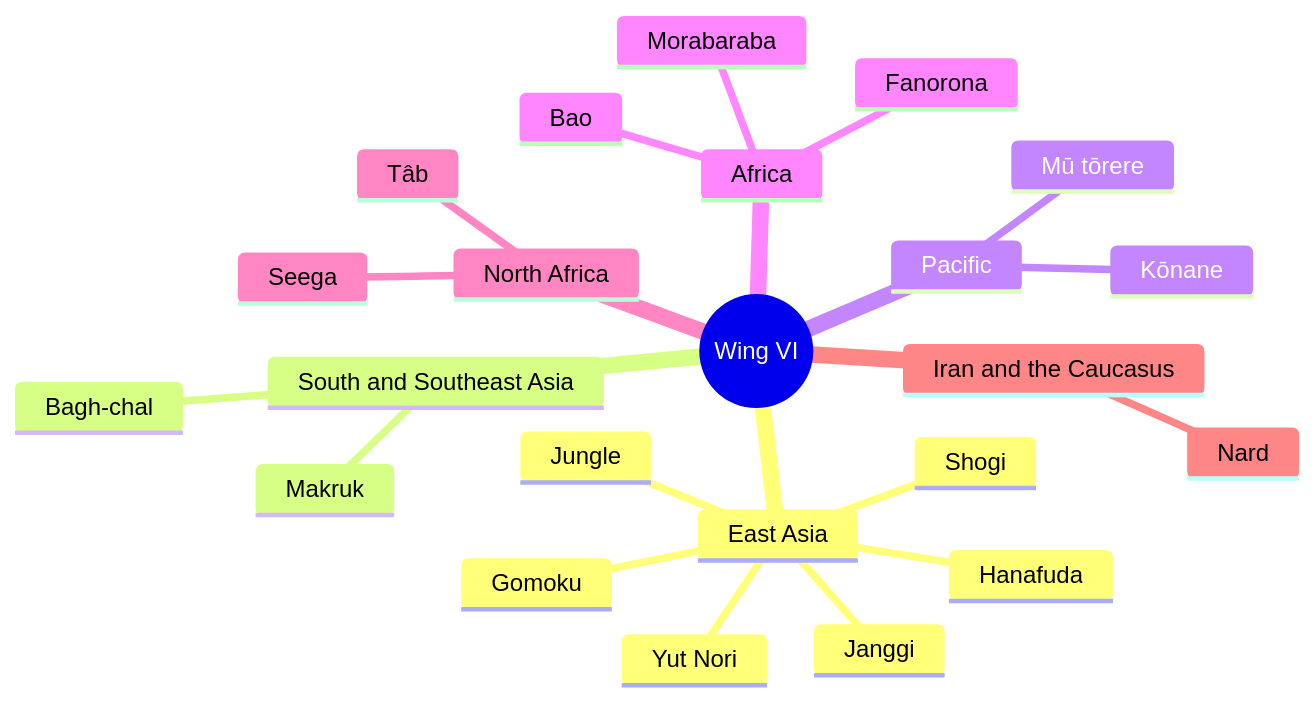
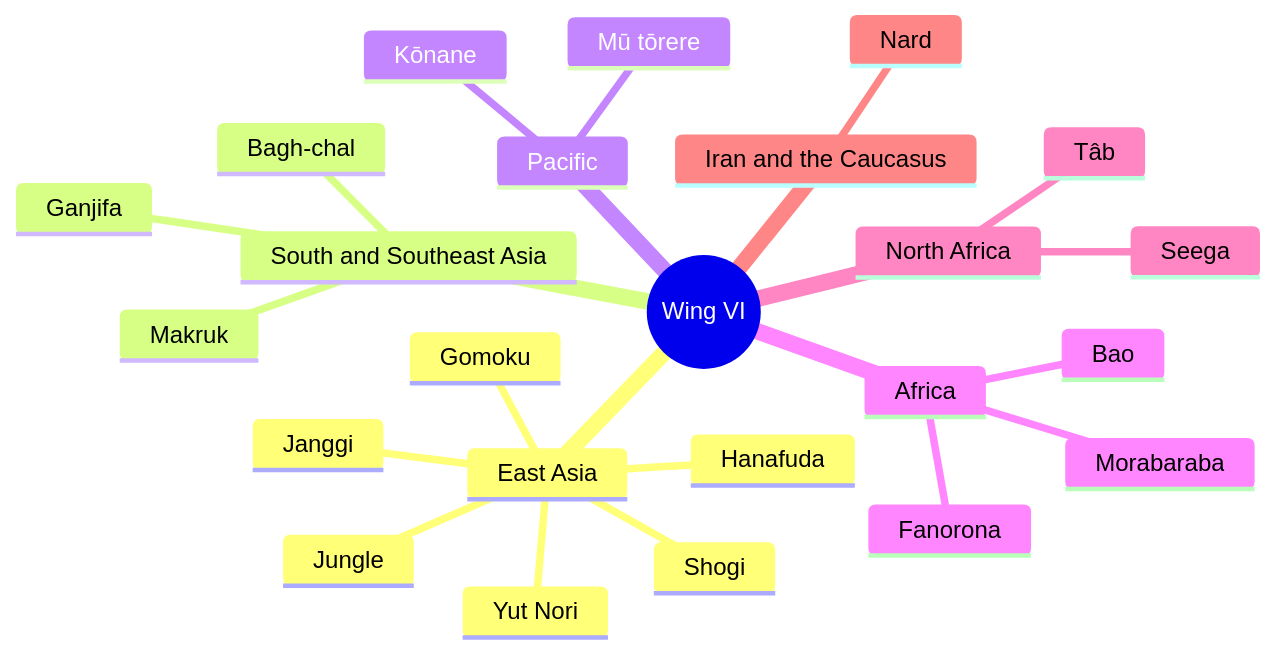
The eighth of 8 diagrams in docs/exhibits.md (CptNope/Librarium-Archives), drawn with Mermaid before and after one commit. The commit also changed other lines of this file and 8 other files, not shown here.

````diff
--- a/docs/exhibits.md
+++ b/docs/exhibits.md
@@ -246,26 +252,27 @@
 ```mermaid
 mindmap
   root((Wing VI))
     East Asia
       Shogi
       Gomoku
       Hanafuda
       Jungle
       Yut Nori
       Janggi
     South and Southeast Asia
+      Ganjifa
       Makruk
       Bagh-chal
     Pacific
       Mū tōrere
       Kōnane
     Africa
       Fanorona
       Bao
       Morabaraba
     North Africa
       Seega
       Tâb
     Iran and the Caucasus
       Nard
 ```
````
